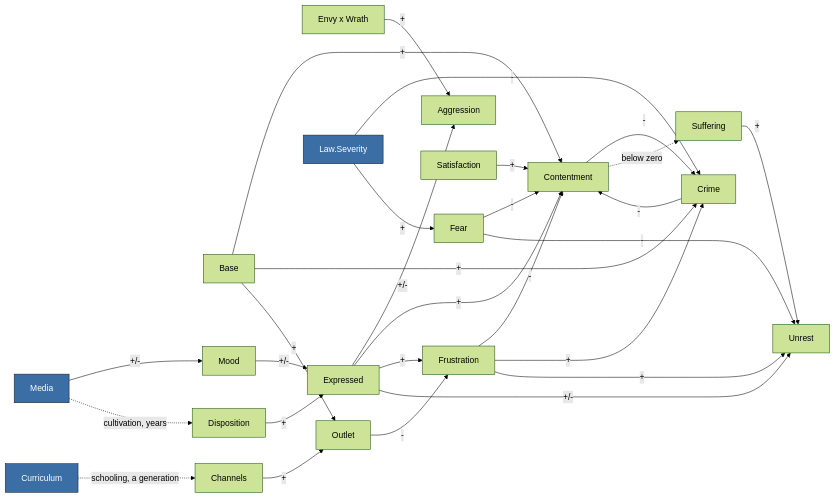
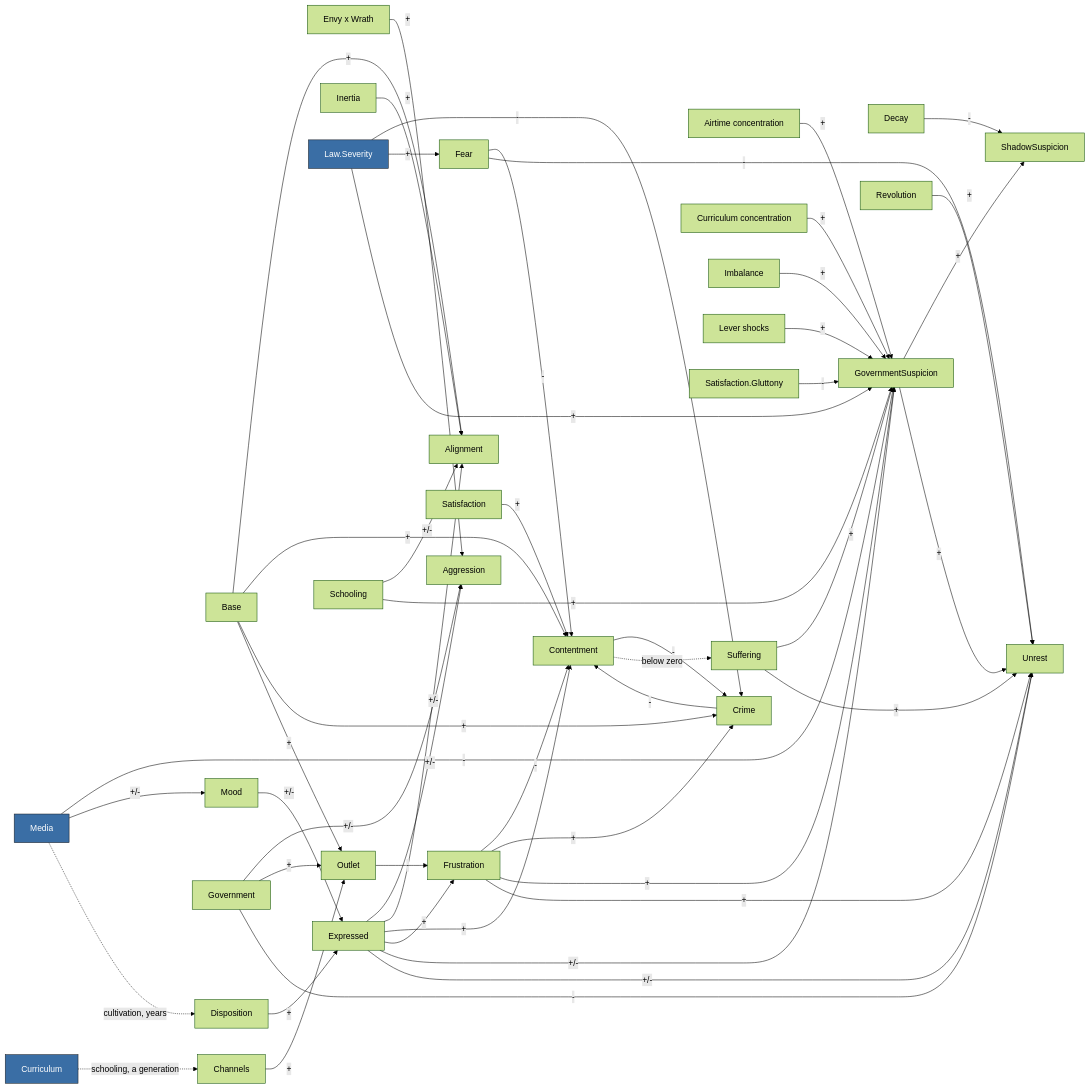
One commit to norm-sesinteractive/Statecraft-Simulator changed the diagram in Docs/generated/SOCIETY_GRAPH.md. Above: the diagram before and after it, drawn with Mermaid (forest theme). The commit also changed other lines of this file and 64 other files, not shown here.

First line of the commit message:
Politics model v1: government types, alignment, two-tier suspicion, revolutions, votes, generational revolts

````diff
--- a/Docs/generated/SOCIETY_GRAPH.md
+++ b/Docs/generated/SOCIETY_GRAPH.md
@@ -12,46 +12,81 @@
 ```mermaid
 flowchart LR
   n_Aggression["Aggression"]
+  n_Airtime_concentration["Airtime concentration"]
+  n_Alignment["Alignment"]
   n_Base["Base"]
   n_Channels["Channels"]
   n_Contentment["Contentment"]
   n_Crime["Crime"]
   n_Curriculum["Curriculum"]
+  n_Curriculum_concentration["Curriculum concentration"]
+  n_Decay["Decay"]
   n_Disposition["Disposition"]
   n_Envy_x_Wrath["Envy x Wrath"]
   n_Expressed["Expressed"]
   n_Fear["Fear"]
   n_Frustration["Frustration"]
+  n_Government["Government"]
+  n_GovernmentSuspicion["GovernmentSuspicion"]
+  n_Imbalance["Imbalance"]
+  n_Inertia["Inertia"]
   n_Law_Severity["Law.Severity"]
+  n_Lever_shocks["Lever shocks"]
   n_Media["Media"]
   n_Mood["Mood"]
   n_Outlet["Outlet"]
+  n_Revolution["Revolution"]
   n_Satisfaction["Satisfaction"]
+  n_Satisfaction_Gluttony["Satisfaction.Gluttony"]
+  n_Schooling["Schooling"]
+  n_ShadowSuspicion["ShadowSuspicion"]
   n_Suffering["Suffering"]
   n_Unrest["Unrest"]
+  n_Airtime_concentration -->|+| n_GovernmentSuspicion
+  n_Base -->|+| n_Alignment
   n_Base -->|+| n_Contentment
   n_Base -->|+| n_Crime
   n_Base -->|+| n_Outlet
   n_Channels -->|+| n_Outlet
   n_Contentment -->|-| n_Crime
   n_Crime -->|-| n_Contentment
+  n_Curriculum_concentration -->|+| n_GovernmentSuspicion
+  n_Decay -->|-| n_ShadowSuspicion
   n_Disposition -->|+| n_Expressed
   n_Envy_x_Wrath -->|+| n_Aggression
   n_Expressed -->|+/-| n_Aggression
+  n_Expressed -->|+/-| n_Alignment
   n_Expressed -->|+| n_Contentment
   n_Expressed -->|+| n_Frustration
+  n_Expressed -->|+/-| n_GovernmentSuspicion
   n_Expressed -->|+/-| n_Unrest
   n_Fear -->|-| n_Contentment
   n_Fear -->|-| n_Unrest
   n_Frustration -->|-| n_Contentment
   n_Frustration -->|+| n_Crime
+  n_Frustration -->|+| n_GovernmentSuspicion
   n_Frustration -->|+| n_Unrest
+  n_Government -->|+/-| n_Aggression
+  n_Government -->|+| n_Outlet
+  n_Government -->|-| n_Unrest
+  n_GovernmentSuspicion -->|+| n_ShadowSuspicion
+  n_GovernmentSuspicion -->|+| n_Unrest
+  n_Imbalance -->|+| n_GovernmentSuspicion
+  n_Inertia -->|+| n_Alignment
   n_Law_Severity -->|-| n_Crime
   n_Law_Severity -->|+| n_Fear
+  n_Law_Severity -->|+| n_GovernmentSuspicion
+  n_Lever_shocks -->|+| n_GovernmentSuspicion
+  n_Media -->|-| n_GovernmentSuspicion
   n_Media -->|+/-| n_Mood
   n_Mood -->|+/-| n_Expressed
   n_Outlet -->|-| n_Frustration
+  n_Revolution -->|+| n_Unrest
   n_Satisfaction -->|+| n_Contentment
+  n_Satisfaction_Gluttony -->|-| n_GovernmentSuspicion
+  n_Schooling -->|+/-| n_Alignment
+  n_Schooling -->|+| n_GovernmentSuspicion
+  n_Suffering -->|+| n_GovernmentSuspicion
   n_Suffering -->|+| n_Unrest
   n_Media -.->|cultivation, years| n_Disposition
   n_Curriculum -.->|schooling, a generation| n_Channels
````
